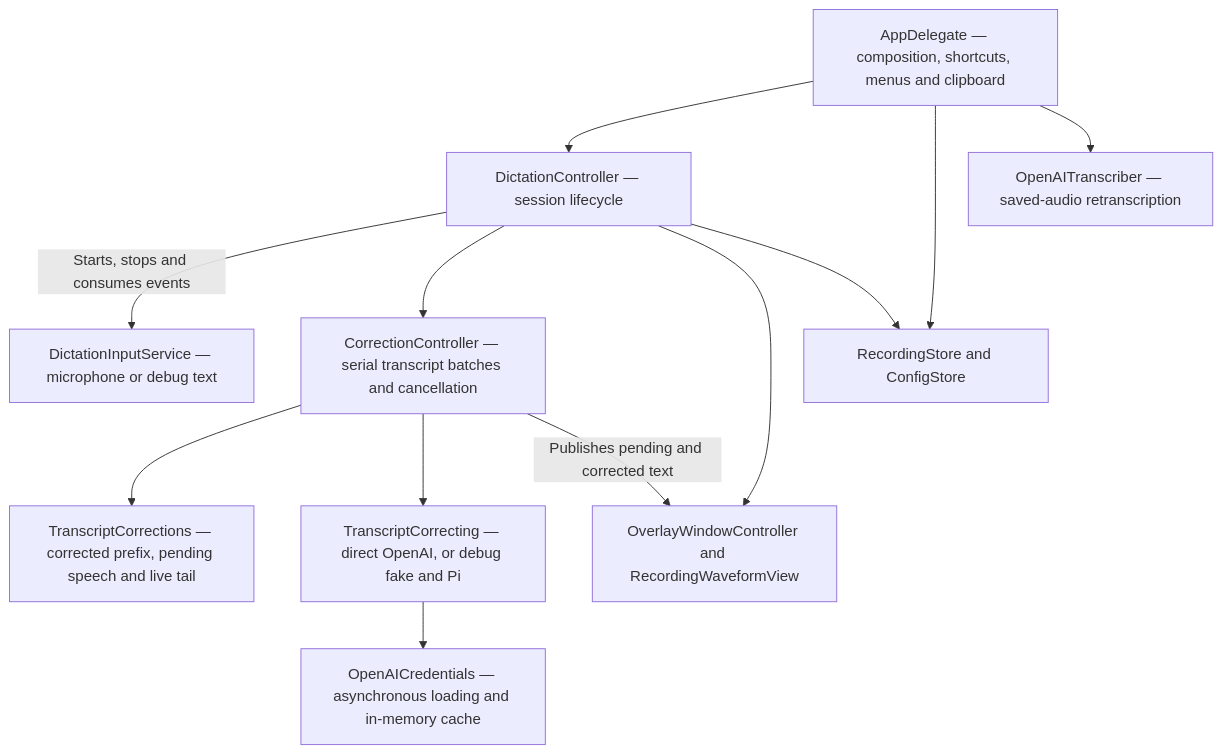
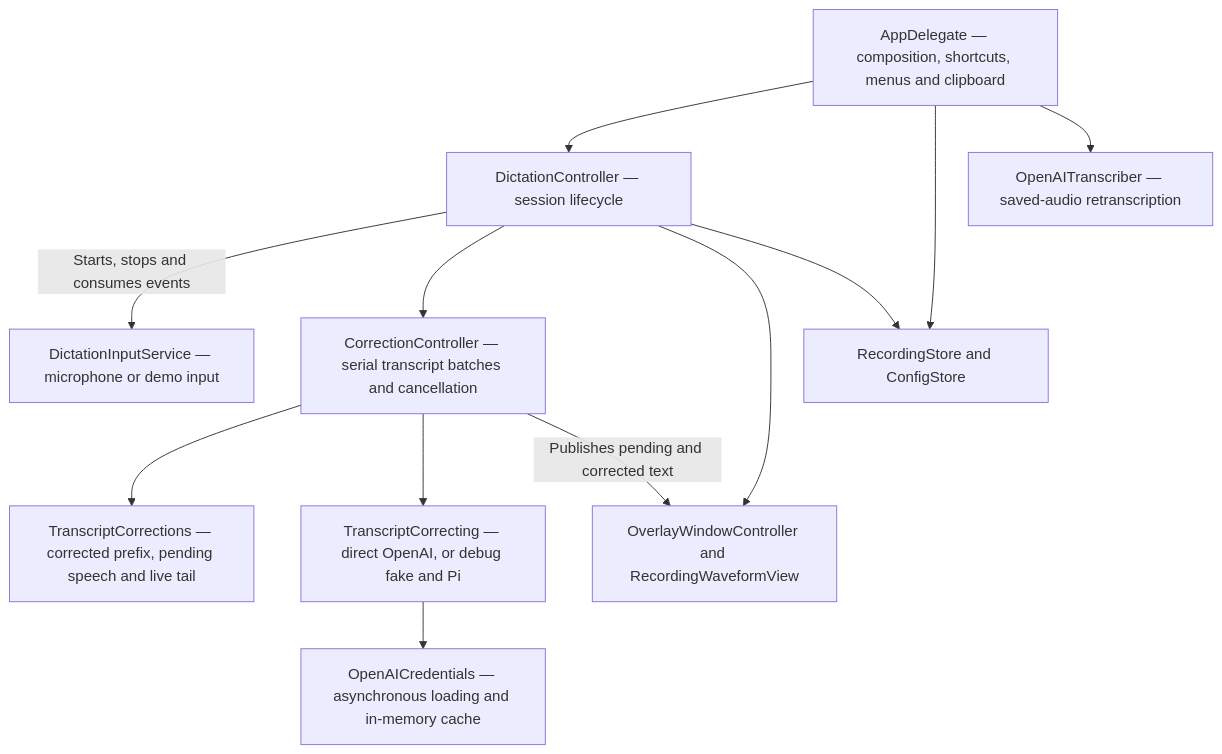
Before and after one commit to codethread/Chatty.app: the third of 3 diagrams in docs/architecture.md, drawn with Mermaid. The commit also changed other lines of this file and 11 other files, not shown here.

First line of the commit message:
feat: add local streaming dictation demo and benchmarks

````diff
--- a/docs/architecture.md
+++ b/docs/architecture.md
@@ -57,24 +58,24 @@
 ```mermaid
 flowchart TD
   entry["AppDelegate — composition, shortcuts, menus and clipboard"]
   core["DictationController — session lifecycle"]
-  input["DictationInputService — microphone or debug text"]
+  input["DictationInputService — microphone or demo input"]
   cleanup["CorrectionController — serial transcript batches and cancellation"]
   document["TranscriptCorrections — corrected prefix, pending speech and live tail"]
   provider["TranscriptCorrecting — direct OpenAI, or debug fake and Pi"]
   credentials["OpenAICredentials — asynchronous loading and in-memory cache"]
   overlay["OverlayWindowController and RecordingWaveformView"]
   storage["RecordingStore and ConfigStore"]
   history["OpenAITranscriber — saved-audio retranscription"]
   entry --> core
   entry --> storage
   entry --> history
   core -- "Starts, stops and consumes events" --> input
   core --> cleanup
   core --> overlay
   core --> storage
   cleanup --> document
   cleanup --> provider
   provider --> credentials
   cleanup -- "Publishes pending and corrected text" --> overlay
 ```
````
